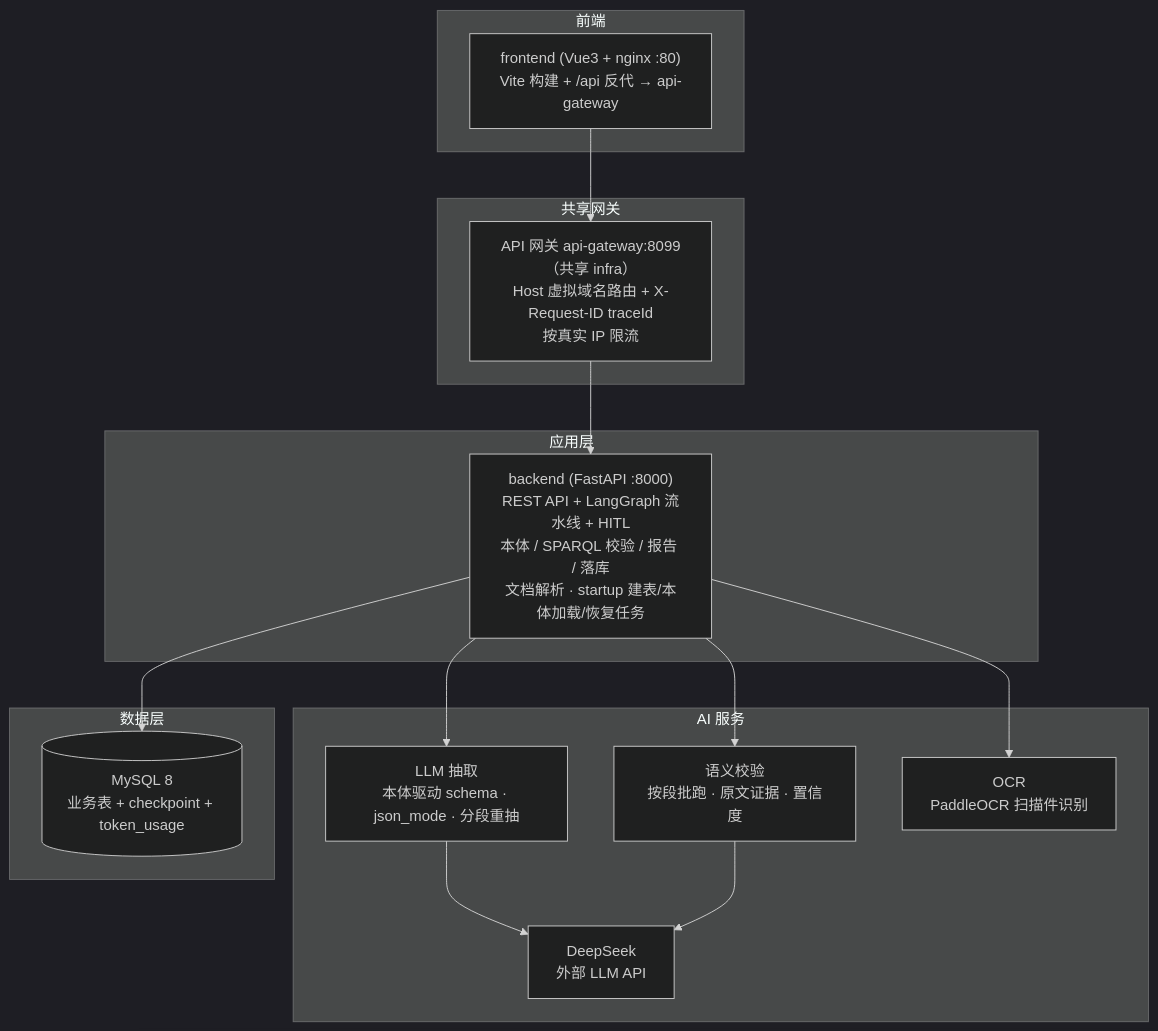
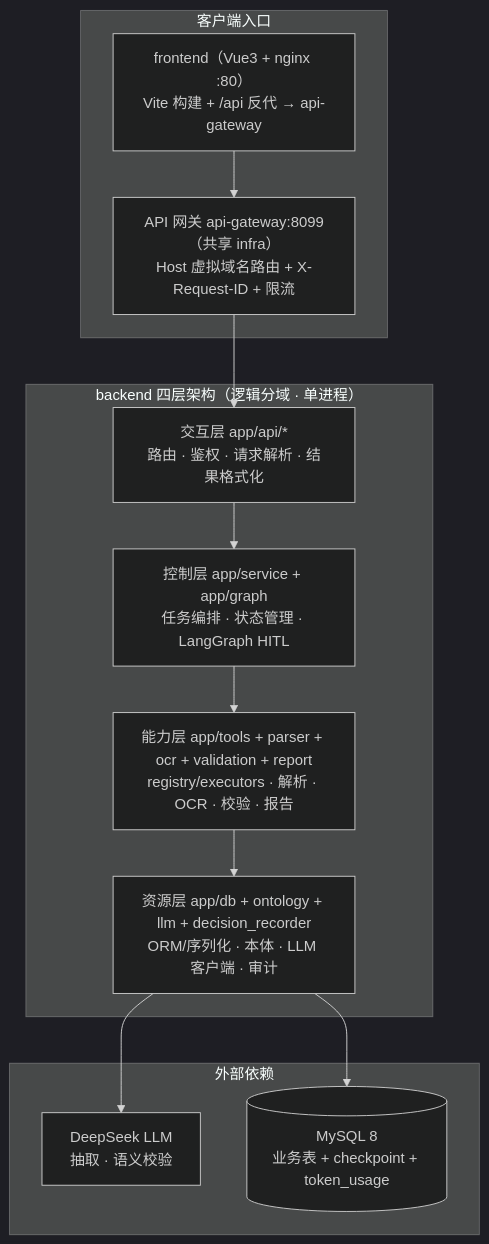
The diagram in README.md (zhanggy1984/contract-check), drawn with Mermaid (dark theme) before and after one commit. The commit also changed other lines of this file, not shown here.

````diff
--- a/README.md
+++ b/README.md
@@ -126,30 +57,25 @@
 ```mermaid
 graph TB
-    subgraph 前端
-        FE["frontend (Vue3 + nginx :80)<br/>Vite 构建 + /api 反代 → api-gateway"]
+    subgraph "客户端入口"
+        FE["frontend（Vue3 + nginx :80）<br/>Vite 构建 + /api 反代 → api-gateway"]
+        GATEWAY["API 网关 api-gateway:8099（共享 infra）<br/>Host 虚拟域名路由 + X-Request-ID + 限流"]
     end
-    subgraph 共享网关
-        GATEWAY["API 网关 api-gateway:8099（共享 infra）<br/>Host 虚拟域名路由 + X-Request-ID traceId<br/>按真实 IP 限流"]
+    subgraph "backend 四层架构（逻辑分域 · 单进程）"
+        L1["交互层 app/api/*<br/>路由 · 鉴权 · 请求解析 · 结果格式化"]
+        L2["控制层 app/service + app/graph<br/>任务编排 · 状态管理 · LangGraph HITL"]
+        L3["能力层 app/tools + parser + ocr + validation + report<br/>registry/executors · 解析 · OCR · 校验 · 报告"]
+        L4["资源层 app/db + ontology + llm + decision_recorder<br/>ORM/序列化 · 本体 · LLM 客户端 · 审计"]
     end
-    subgraph 应用层
-        API["backend (FastAPI :8000)<br/>REST API + LangGraph 流水线 + HITL<br/>本体 / SPARQL 校验 / 报告 / 落库<br/>文档解析 · startup 建表/本体加载/恢复任务"]
-    end
-    subgraph "AI 服务"
-        EX["LLM 抽取<br/>本体驱动 schema · json_mode · 分段重抽"]
-        SE["语义校验<br/>按段批跑 · 原文证据 · 置信度"]
-        OC["OCR<br/>PaddleOCR 扫描件识别"]
-        DS["DeepSeek<br/>外部 LLM API"]
-    end
-    subgraph 数据层
+    subgraph "外部依赖"
+        DS["DeepSeek LLM<br/>抽取 · 语义校验"]
         MYSQL[(MySQL 8<br/>业务表 + checkpoint + token_usage)]
     end
 
     FE --> GATEWAY
-    GATEWAY --> API
-    API --> MYSQL
-    API --> EX
-    API --> SE
-    API --> OC
-    EX --> DS
-    SE --> DS
+    GATEWAY --> L1
+    L1 --> L2
+    L2 --> L3
+    L3 --> L4
+    L4 --> MYSQL
+    L4 --> DS
 ```
````
